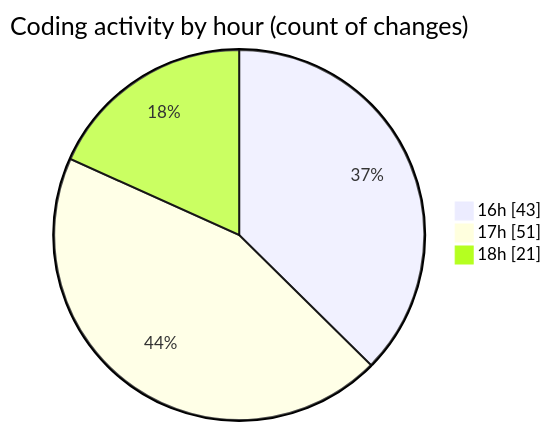
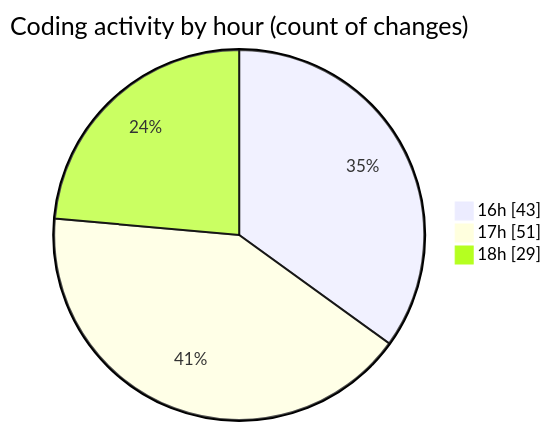
The second of 2 diagrams in 2026-11-13/broadcaster-v6-feature/README.md (momahboobian/code-tracking), drawn with Mermaid before and after one commit. The commit also changed other lines of this file and 1 other file, not shown here.

````diff
--- a/2026-11-13/broadcaster-v6-feature/README.md
+++ b/2026-11-13/broadcaster-v6-feature/README.md
@@ -64,7 +64,7 @@
 ```mermaid
 pie showData
 title Coding activity by hour (count of changes)
 "16h" : 43
 "17h" : 51
-"18h" : 21
+"18h" : 29
 ```
````
